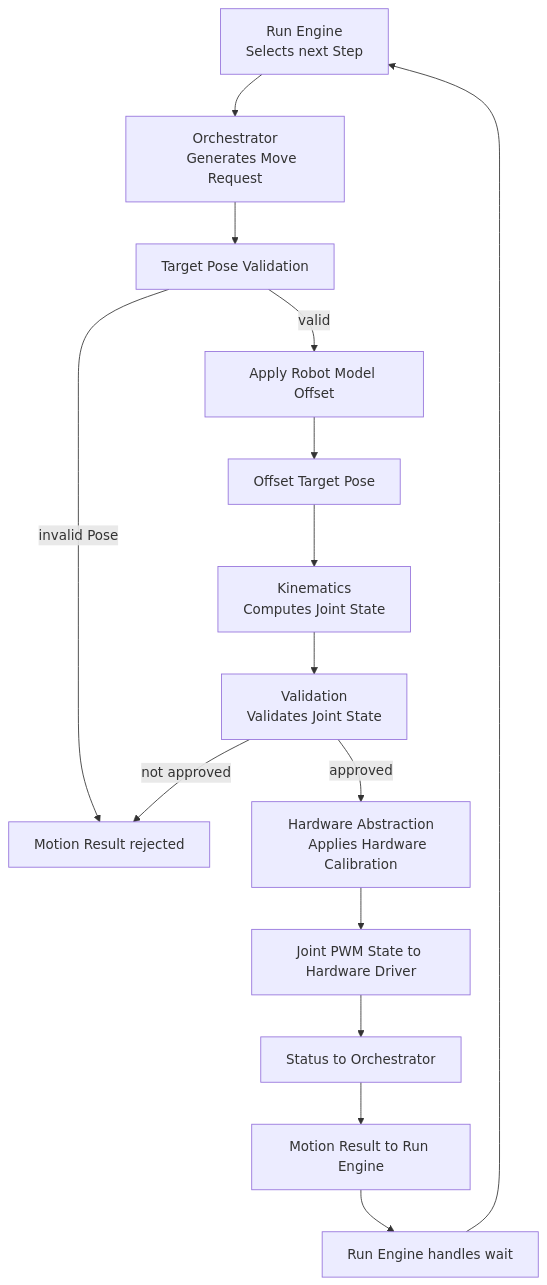
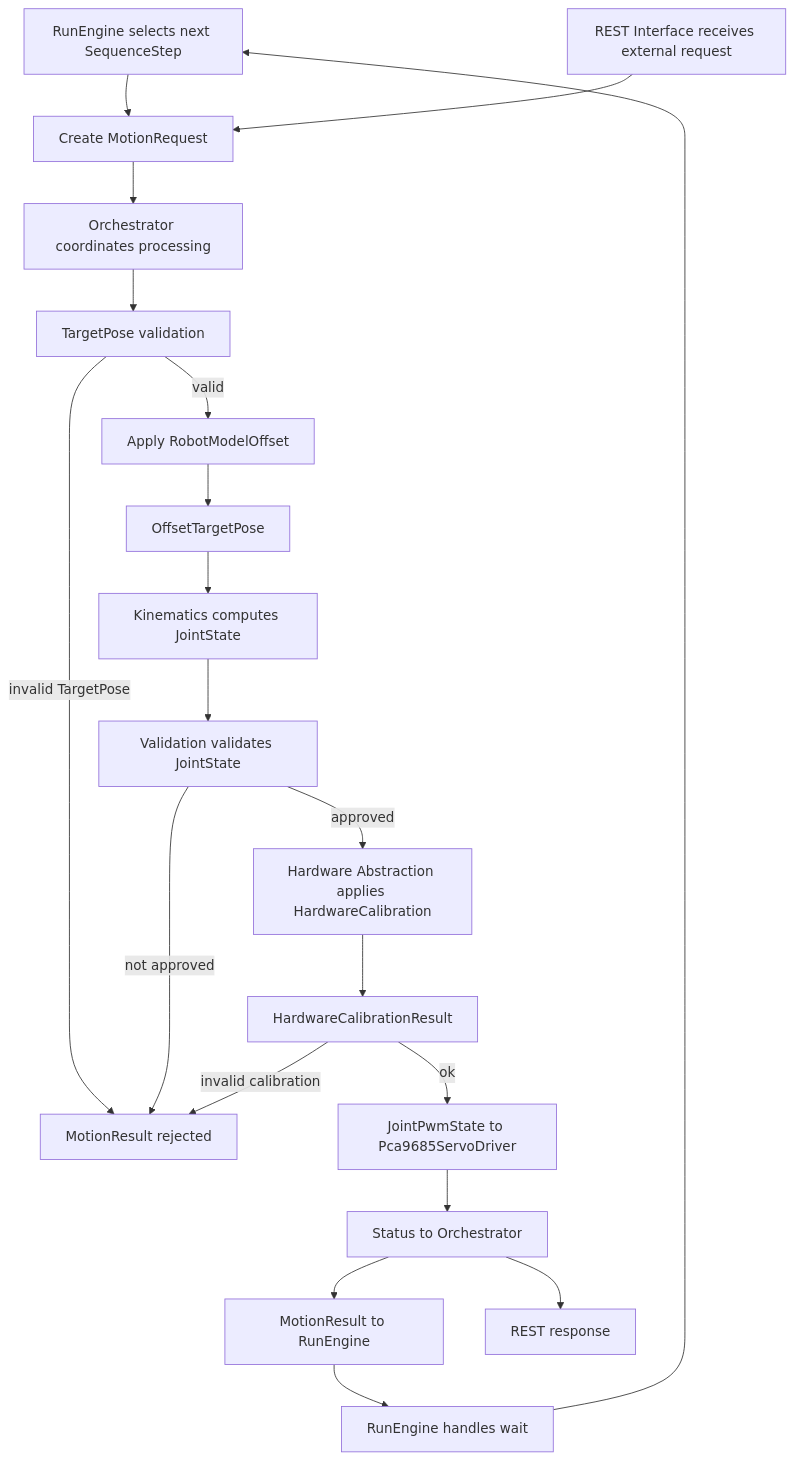
The seventh of 7 diagrams in doc/projektbeschreibung.md (butz1999/inverse_kinematik), drawn with Mermaid before and after one commit. The commit also changed other lines of this file, not shown here.

Commit message:
Doku Konsistenzprüfung Architekturdiagramme

````diff
--- a/doc/projektbeschreibung.md
+++ b/doc/projektbeschreibung.md
@@ -567,22 +587,22 @@
 ```mermaid
 flowchart TD
-    A[Run Engine
-    Selects next Step] --> B[Orchestrator
-    Generates Move Request]
-    B --> C[Target Pose Validation]
-    C -->|invalid Pose| D[Motion Result rejected]
-    C -->|valid| E[Apply Robot Model Offset]
-    E --> F[Offset Target Pose]
-    F --> G[Kinematics
-    Computes Joint State]
-    G --> H[Validation
-    Validates Joint State]
+    A[RunEngine selects next SequenceStep] --> B[Create MotionRequest]
+    N[REST Interface receives external request] --> B
+    B --> O[Orchestrator coordinates processing]
+    O --> C[TargetPose validation]
+    C -->|invalid TargetPose| D[MotionResult rejected]
+    C -->|valid| E[Apply RobotModelOffset]
+    E --> F[OffsetTargetPose]
+    F --> G[Kinematics computes JointState]
+    G --> H[Validation validates JointState]
     H -->|not approved| D
-    H -->|approved| I[Hardware Abstraction
-    Applies Hardware Calibration]
-    I --> J[Joint PWM State to Hardware Driver]
+    H -->|approved| I[Hardware Abstraction applies HardwareCalibration]
+    I --> P[HardwareCalibrationResult]
+    P -->|ok| J[JointPwmState to Pca9685ServoDriver]
+    P -->|invalid calibration| D
     J --> K[Status to Orchestrator]
-    K --> L[Motion Result to Run Engine]
-    L --> M[Run Engine handles wait]
+    K --> L[MotionResult to RunEngine]
+    K --> Q[REST response]
+    L --> M[RunEngine handles wait]
     M --> A
 ```
````
